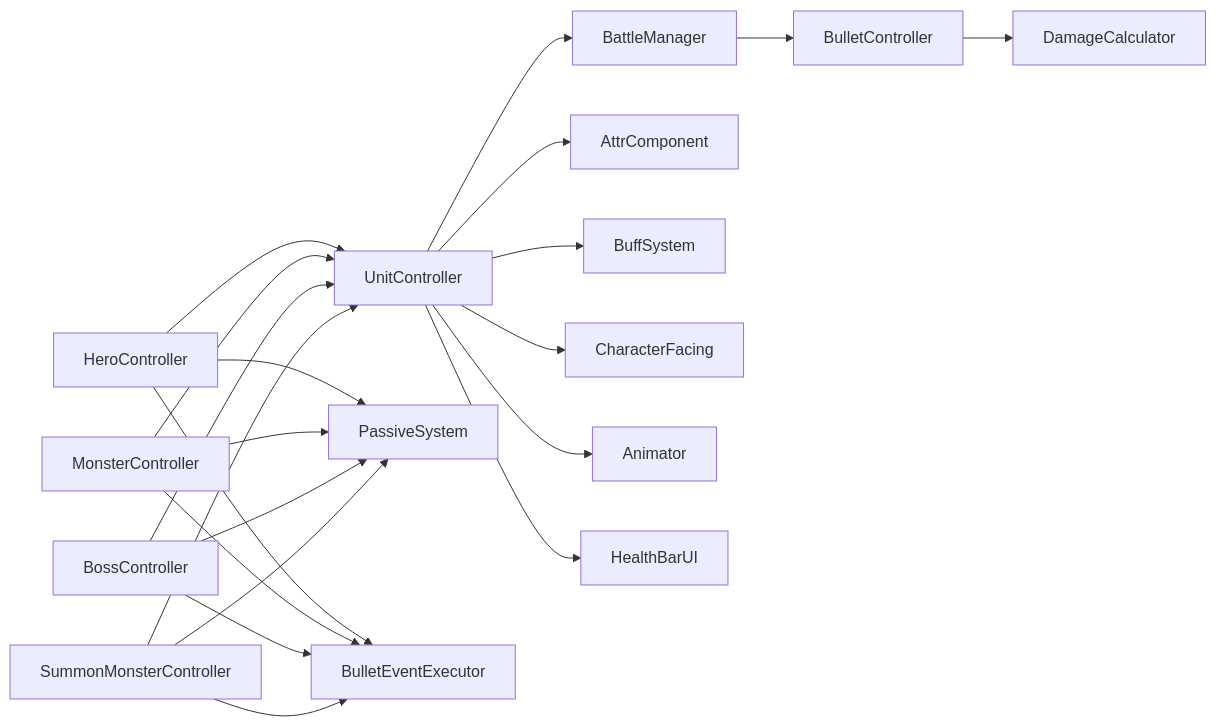
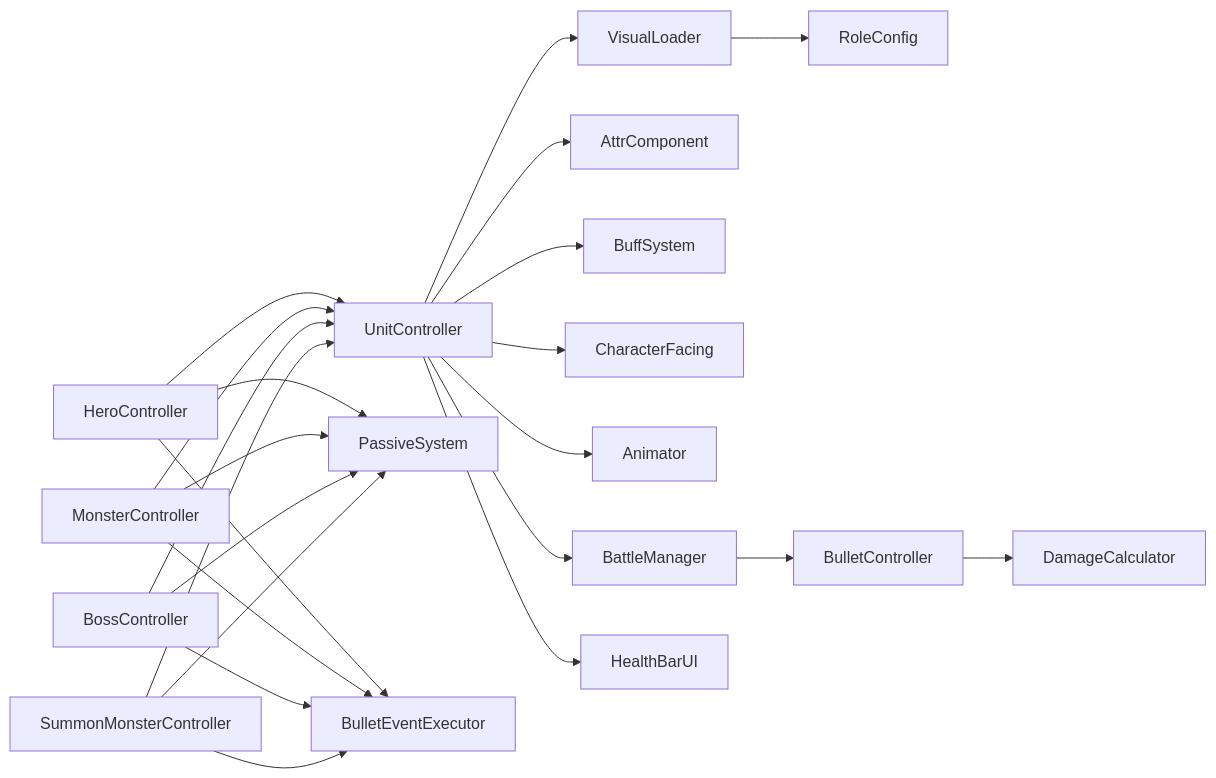
The seventh of 7 diagrams in .qoder/repowiki/zh/content/战斗系统/角色控制器/角色控制器.md (Tuusen/p1_client), drawn with Mermaid before and after one commit. The commit also changed other lines of this file and 5 other files, not shown here.

````diff
--- a/.qoder/repowiki/zh/content/战斗系统/角色控制器/角色控制器.md
+++ b/.qoder/repowiki/zh/content/战斗系统/角色控制器/角色控制器.md
@@ -487,23 +620,25 @@
 ```mermaid
 graph LR
 UC["UnitController"] --> BM["BattleManager"]
 UC --> AC["AttrComponent"]
 UC --> BS["BuffSystem"]
 UC --> CF["CharacterFacing"]
 UC --> AN["Animator"]
+UC --> VL["VisualLoader"]
 UC --> HPB["HealthBarUI"]
+VL --> RC["RoleConfig"]
 HC["HeroController"] --> UC
 MC["MonsterController"] --> UC
 BC["BossController"] --> UC
 SM["SummonMonsterController"] --> UC
 HC --> PS["PassiveSystem"]
 MC --> PS
 BC --> PS
 SM --> PS
 BM --> BLT["BulletController"]
 BLT --> DMG["DamageCalculator"]
 HC --> BE["BulletEventExecutor"]
 MC --> BE
 BC --> BE
 SM --> BE
 ```
````
